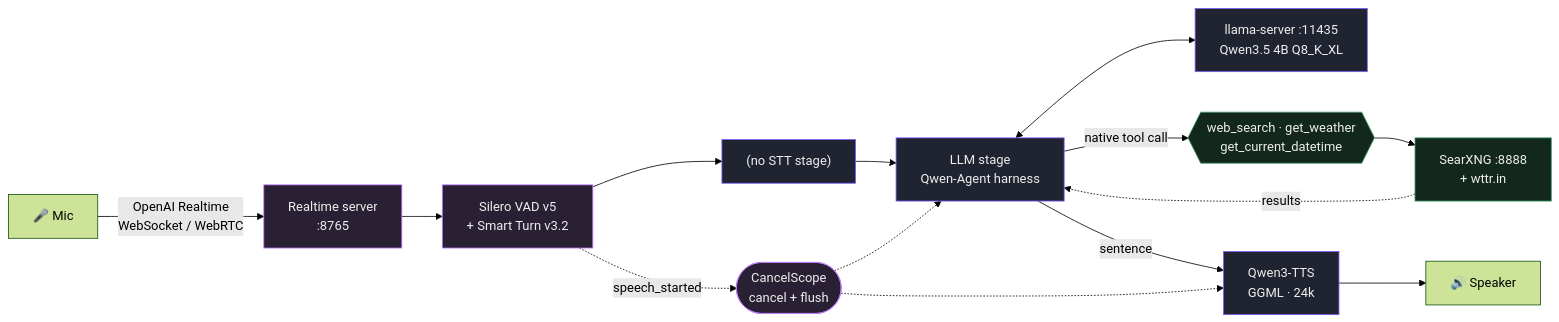
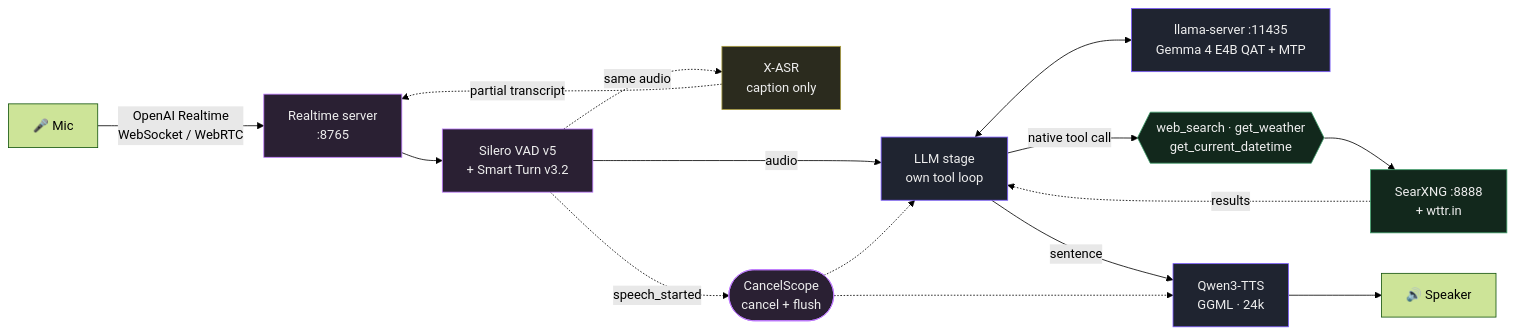
The diagram in README.md (vieenrose/voice-chat), drawn with Mermaid (forest theme) before and after one commit. The commit also changed other lines of this file and 1 other file, not shown here.

First line of the commit message:
docs: README describes the current pipeline — no STT, own loop, Gemma 4 E4B

````diff
--- a/README.md
+++ b/README.md
@@ -11,23 +13,26 @@
 ```mermaid
 flowchart LR
     Mic["🎤 Mic"] -->|OpenAI Realtime<br/>WebSocket / WebRTC| RT["Realtime server<br/>:8765"]
     RT --> VAD["Silero VAD v5<br/>+ Smart Turn v3.2"]
-    VAD --> STT["(no STT stage)"]
-    STT --> AG["LLM stage<br/>Qwen-Agent harness"]
-    AG <--> LLM["llama-server :11435<br/>Qwen3.5 4B Q8_K_XL"]
+    VAD -->|audio| AG["LLM stage<br/>own tool loop"]
+    VAD -.->|same audio| XA["X-ASR<br/>caption only"]
+    XA -.->|partial transcript| RT
+    AG <--> LLM["llama-server :11435<br/>Gemma 4 E4B QAT + MTP"]
     AG -->|native tool call| T{{"web_search · get_weather<br/>get_current_datetime"}}
     T --> SX["SearXNG :8888<br/>+ wttr.in"]
     SX -.results.-> AG
     AG -->|sentence| TTS["Qwen3-TTS<br/>GGML · 24k"]
     TTS --> SPK["🔊 Speaker"]
     VAD -.->|speech_started| CS(["CancelScope<br/>cancel + flush"])
     CS -.-> AG
     CS -.-> TTS
 
     classDef m fill:#1f2430,stroke:#7c5cff,color:#eee
     classDef s fill:#12281c,stroke:#3f9e6a,color:#eee
     classDef f fill:#2a2033,stroke:#c07cff,color:#eee
-    class STT,LLM,TTS,AG m
+    classDef c fill:#2b2b1e,stroke:#a89b3f,color:#eee
+    class LLM,TTS,AG m
+    class XA c
     class SX,T s
     class RT,VAD,CS f
 ```
````
